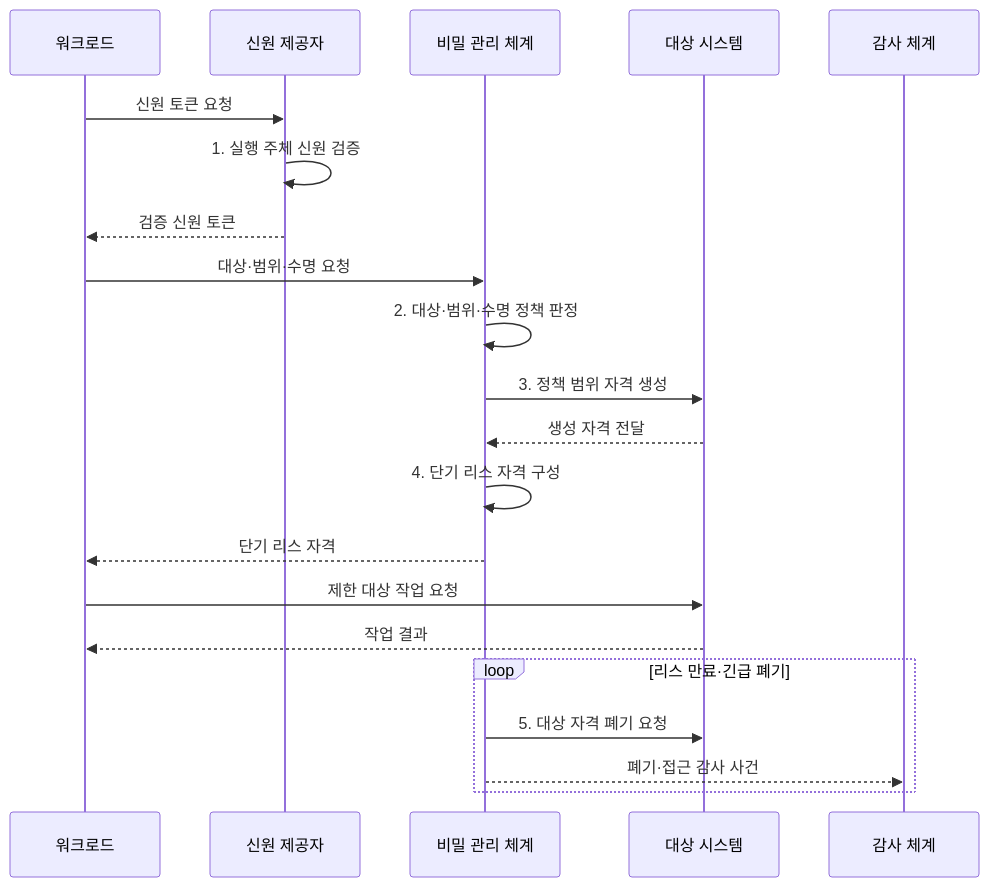
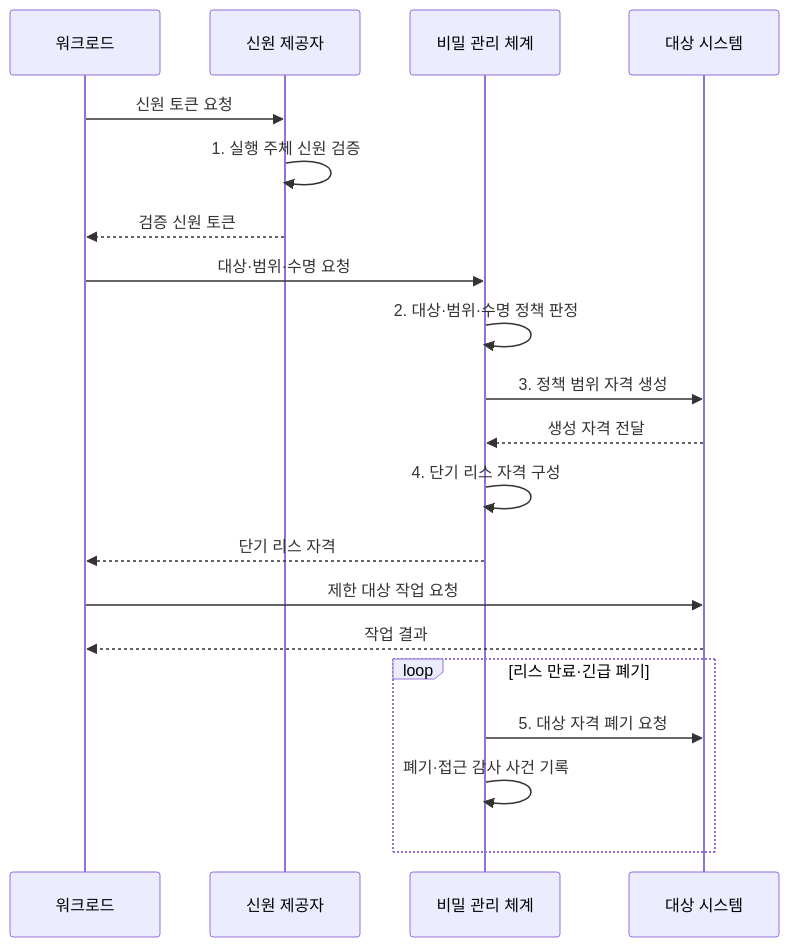
The second of 2 diagrams in src/content/docs/notes/05-security/077_secrets_management_vault_aws_secrets.md (agnusdei1207/knowledge-base), drawn with Mermaid before and after one commit. The commit also changed 5 other files, not shown here.

Commit message:
Trim cloud and AI sequence actors

````diff
--- a/src/content/docs/notes/05-security/077_secrets_management_vault_aws_secrets.md
+++ b/src/content/docs/notes/05-security/077_secrets_management_vault_aws_secrets.md
@@ -99,23 +99,22 @@
 ```mermaid
 sequenceDiagram
     participant W as 워크로드
     participant I as 신원 제공자
     participant S as 비밀 관리 체계
     participant T as 대상 시스템
-    participant A as 감사 체계
     W->>I: 신원 토큰 요청
     I->>I: 1. 실행 주체 신원 검증
     I-->>W: 검증 신원 토큰
     W->>S: 대상·범위·수명 요청
     S->>S: 2. 대상·범위·수명 정책 판정
     S->>T: 3. 정책 범위 자격 생성
     T-->>S: 생성 자격 전달
     S->>S: 4. 단기 리스 자격 구성
     S-->>W: 단기 리스 자격
     W->>T: 제한 대상 작업 요청
     T-->>W: 작업 결과
     loop 리스 만료·긴급 폐기
         S->>T: 5. 대상 자격 폐기 요청
-        S-->>A: 폐기·접근 감사 사건
+        S->>S: 폐기·접근 감사 사건 기록
     end
 ```
````
